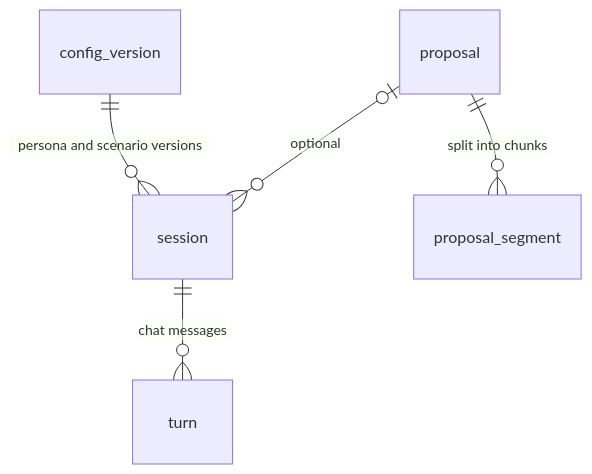
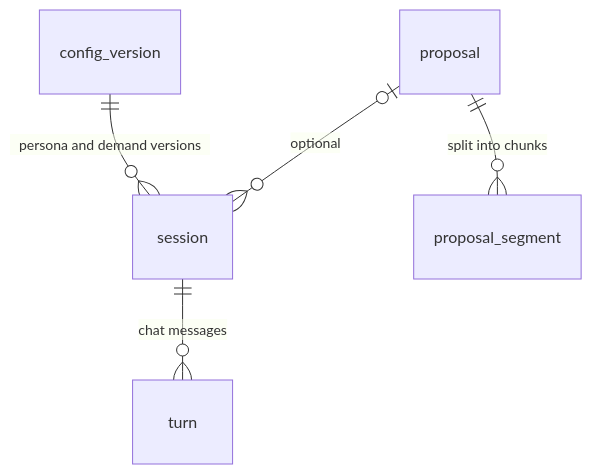
The diagram in docs/data-model.md (USTDevGama/Smart_Ops_Pod3), drawn with Mermaid before and after one commit. The commit also changed other lines of this file and 25 other files, not shown here.

First line of the commit message:
Apply the architect-call decisions: demand, bulk scenarios, end at max_turns

````diff
--- a/docs/data-model.md
+++ b/docs/data-model.md
@@ -15,7 +32,7 @@
 ```mermaid
 erDiagram
-  config_version ||--o{ session : "persona and scenario versions"
+  config_version ||--o{ session : "persona and demand versions"
   proposal ||--o{ proposal_segment : "split into chunks"
   proposal |o--o{ session : "optional"
   session ||--o{ turn : "chat messages"
 ```
````
